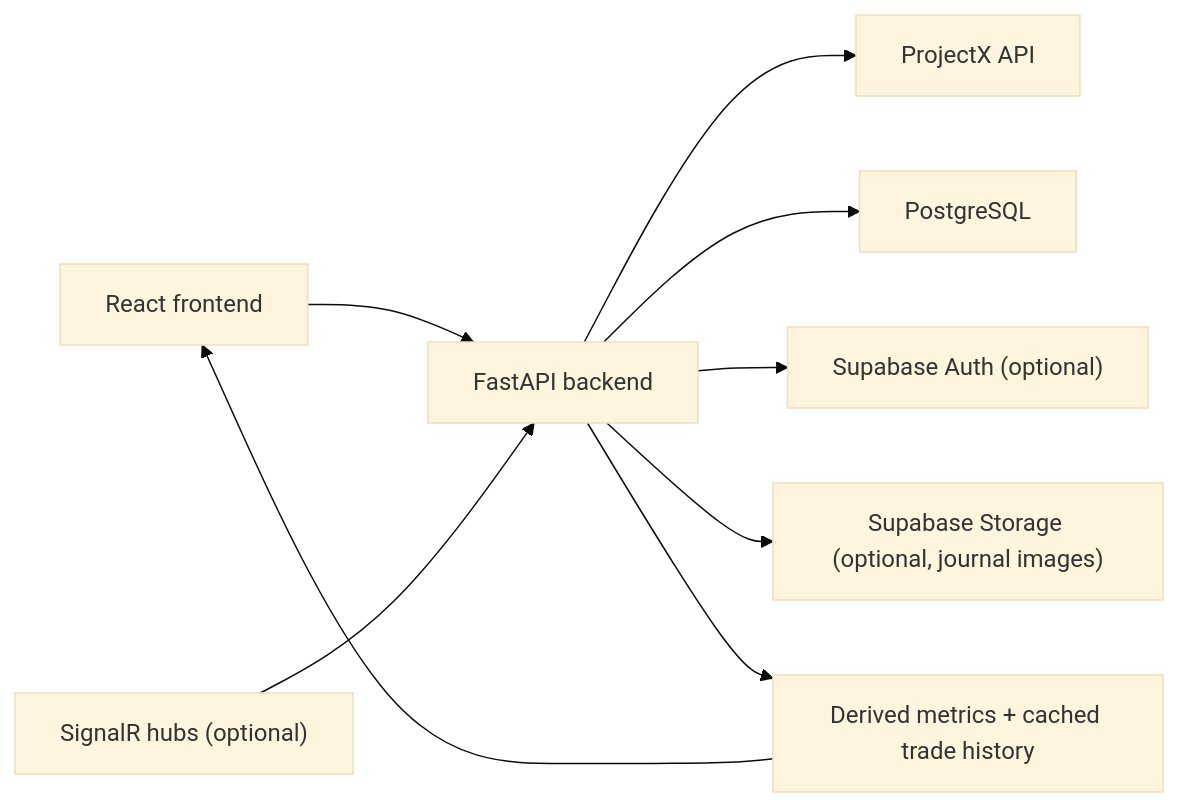
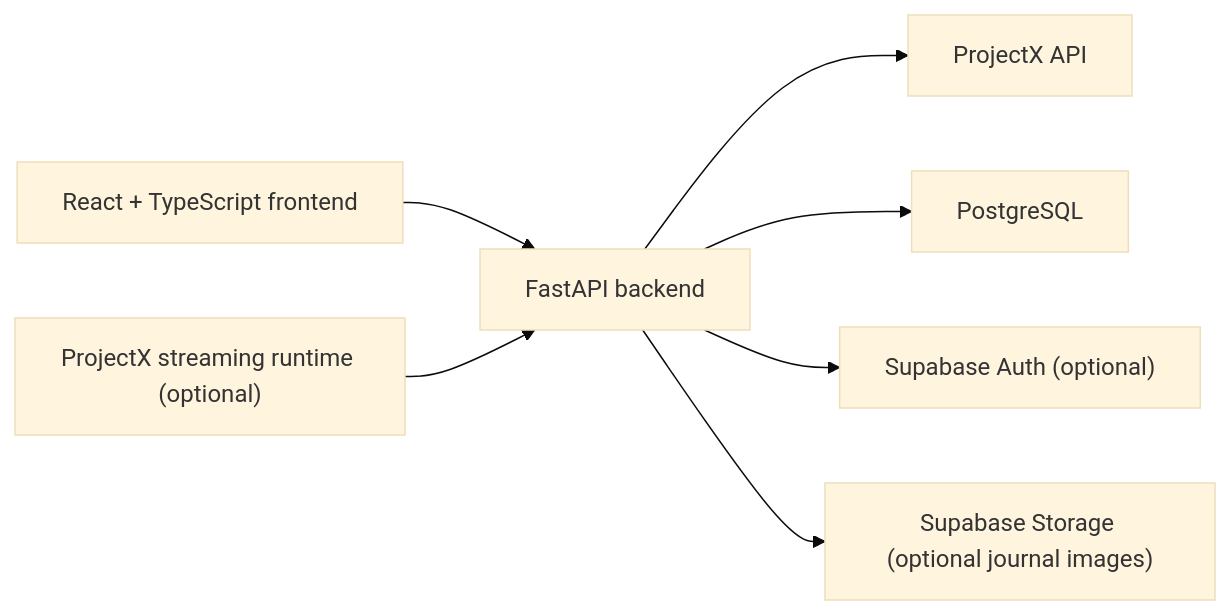
The diagram in README.md (drewstake/TopSignal), drawn with Mermaid (base theme) before and after one commit. The commit also changed other lines of this file and 4 other files, not shown here.

````diff
--- a/README.md
+++ b/README.md
@@ -185,11 +24,9 @@
 ```mermaid
 flowchart LR
-    A["React frontend"] --> B["FastAPI backend"]
+    A["React + TypeScript frontend"] --> B["FastAPI backend"]
     B --> C["ProjectX API"]
     B --> D["PostgreSQL"]
     B --> E["Supabase Auth (optional)"]
-    B --> F["Supabase Storage (optional, journal images)"]
-    G["SignalR hubs (optional)"] --> B
-    B --> H["Derived metrics + cached trade history"]
-    H --> A
+    B --> F["Supabase Storage (optional journal images)"]
+    G["ProjectX streaming runtime (optional)"] --> B
 ```
````
